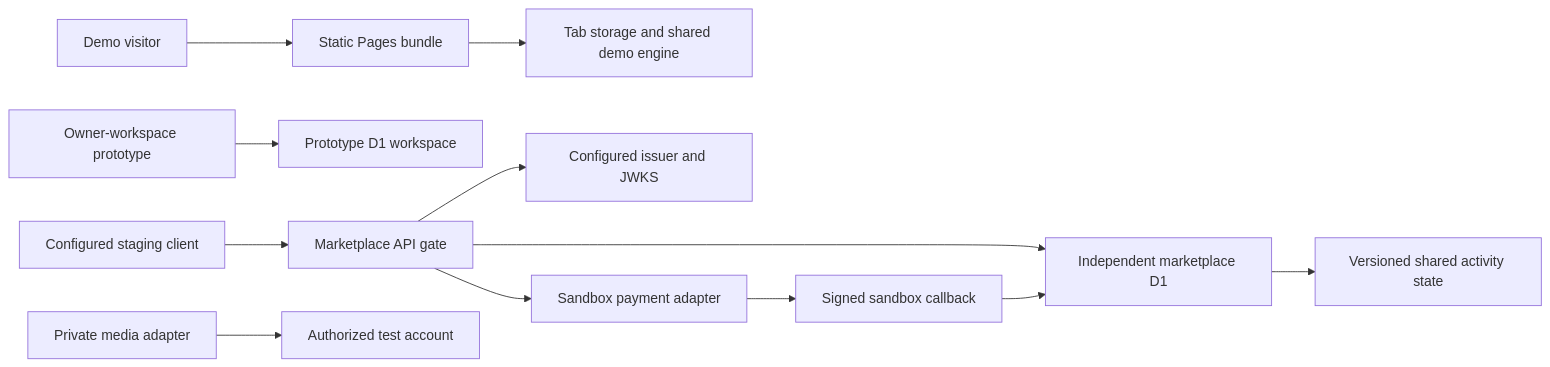
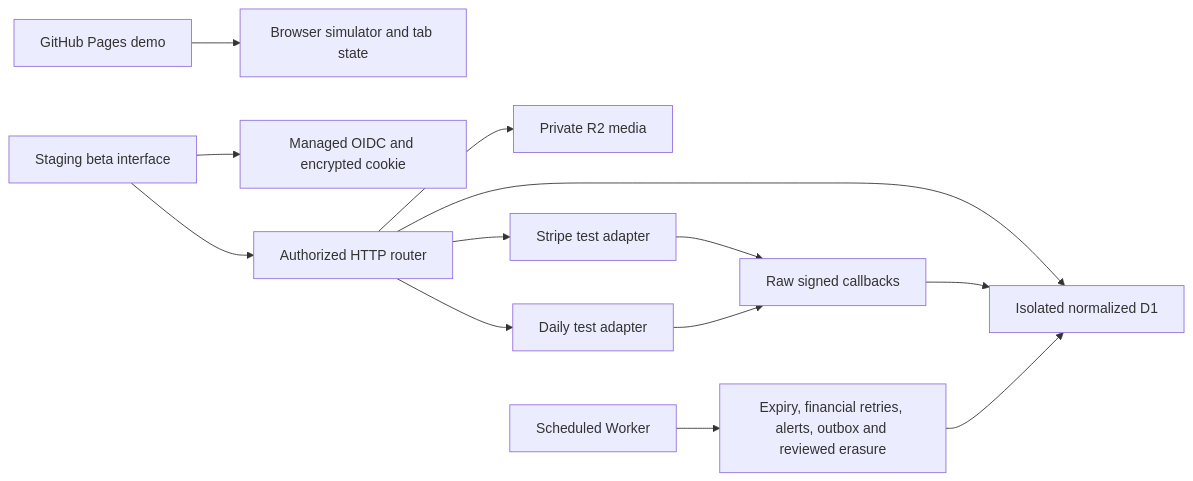
One commit to GauravKudeshia/human-connection changed the diagram in docs/PRODUCTION-ARCHITECTURE.md. Above: the diagram before and after it, drawn with Mermaid. The commit also changed other lines of this file and 58 other files, not shown here.

````diff
--- a/docs/PRODUCTION-ARCHITECTURE.md
+++ b/docs/PRODUCTION-ARCHITECTURE.md
@@ -9,14 +5,15 @@
 ```mermaid
 flowchart LR
-  Visitor[Demo visitor] --> Pages[Static Pages bundle]
-  Pages --> BrowserState[Tab storage and shared demo engine]
-  Prototype[Owner-workspace prototype] --> DemoDB[Prototype D1 workspace]
-  Client[Configured staging client] --> API[Marketplace API gate]
-  API --> Identity[Configured issuer and JWKS]
-  API --> MPDB[Independent marketplace D1]
-  API --> Payment[Sandbox payment adapter]
-  MPDB --> Activities[Versioned shared activity state]
-  Payment --> Callback[Signed sandbox callback]
-  Callback --> MPDB
-  Media[Private media adapter] --> Daily[Authorized test account]
+  Demo[GitHub Pages demo] --> Local[Browser simulator and tab state]
+  Beta[Staging beta interface] --> Auth[Managed OIDC and encrypted cookie]
+  Beta --> API[Authorized HTTP router]
+  API --> DB[Isolated normalized D1]
+  API --> Media[Private R2 media]
+  API --> Payments[Stripe test adapter]
+  API --> Video[Daily test adapter]
+  Payments --> Hooks[Raw signed callbacks]
+  Video --> Hooks
+  Hooks --> DB
+  Cron[Scheduled Worker] --> Jobs[Expiry, financial retries, alerts, outbox and reviewed erasure]
+  Jobs --> DB
 ```
````
